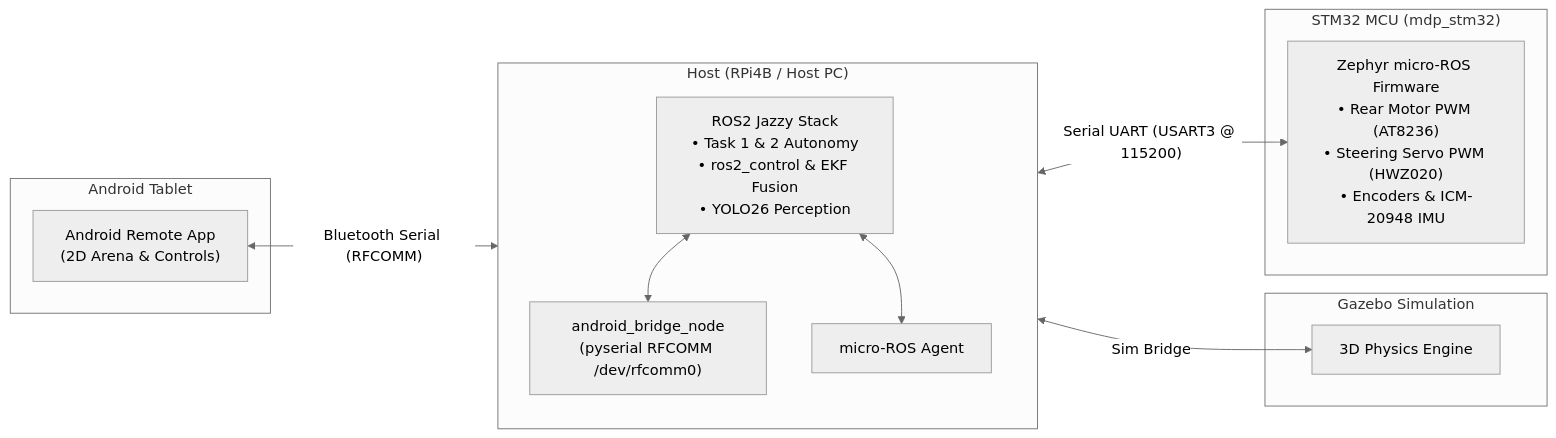
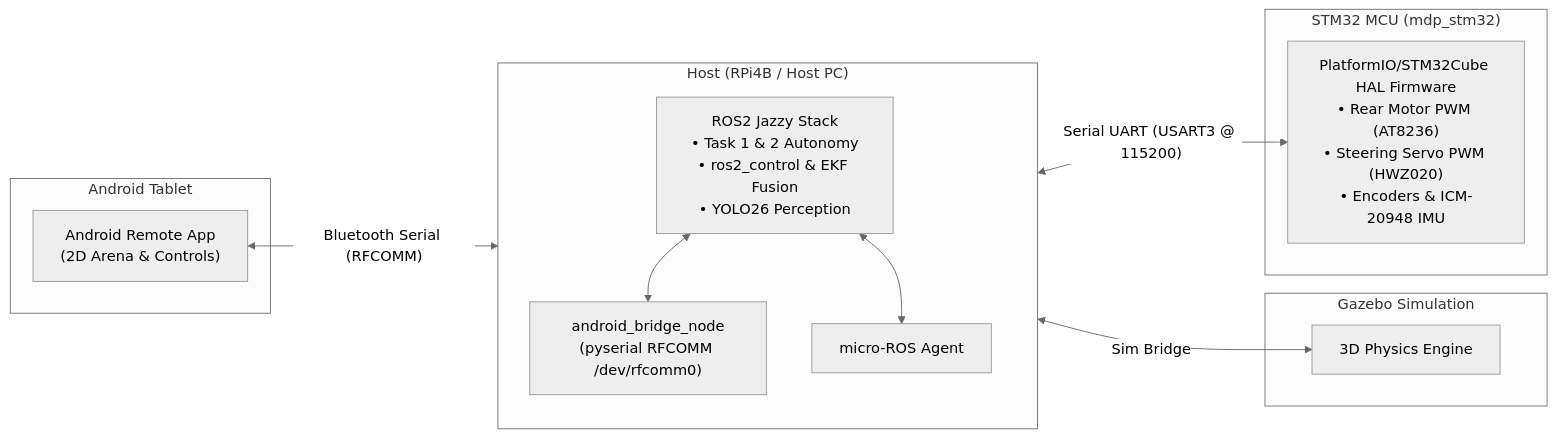
One commit to Alvin0523/mdp changed the diagram in docs/index.md. Above: the diagram before and after it, drawn with Mermaid (neutral theme). The commit also changed other lines of this file and 7 other files, not shown here.

First line of the commit message:
Update docs to reflect PlatformIO/STM32Cube HAL firmware, remove stale Zephyr references

````diff
--- a/docs/index.md
+++ b/docs/index.md
@@ -32,27 +32,27 @@
 ```mermaid
 graph LR
   subgraph ANDROID["Android Tablet"]
     APP["Android Remote App<br/>(2D Arena & Controls)"]
   end
 
   subgraph HOST["Host (RPi4B / Host PC)"]
     direction TB
     ROBOTICS["ROS2 Jazzy Stack<br/>• Task 1 & 2 Autonomy<br/>• ros2_control & EKF Fusion<br/>• YOLO26 Perception"]
     BRIDGE["android_bridge_node<br/>(pyserial RFCOMM /dev/rfcomm0)"]
     AGENT["micro-ROS Agent"]
     ROBOTICS <--> BRIDGE
     ROBOTICS <--> AGENT
   end
 
   subgraph SIM["Gazebo Simulation"]
     GZ["3D Physics Engine"]
   end
 
   subgraph MCU["STM32 MCU (mdp_stm32)"]
-    FIRMWARE["Zephyr micro-ROS Firmware<br/>• Rear Motor PWM (AT8236)<br/>• Steering Servo PWM (HWZ020)<br/>• Encoders & ICM-20948 IMU"]
+    FIRMWARE["PlatformIO/STM32Cube HAL Firmware<br/>• Rear Motor PWM (AT8236)<br/>• Steering Servo PWM (HWZ020)<br/>• Encoders & ICM-20948 IMU"]
   end
 
   APP <-->|"Bluetooth Serial (RFCOMM)"| BRIDGE
   ROBOTICS <-->|"Sim Bridge"| GZ
   AGENT <-->|"Serial UART (USART3 @ 115200)"| FIRMWARE
 ```
````
